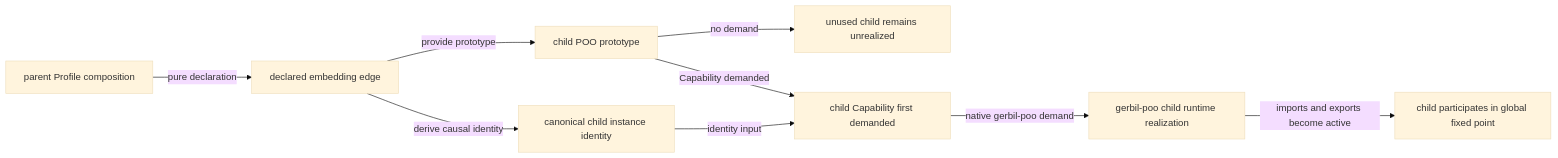
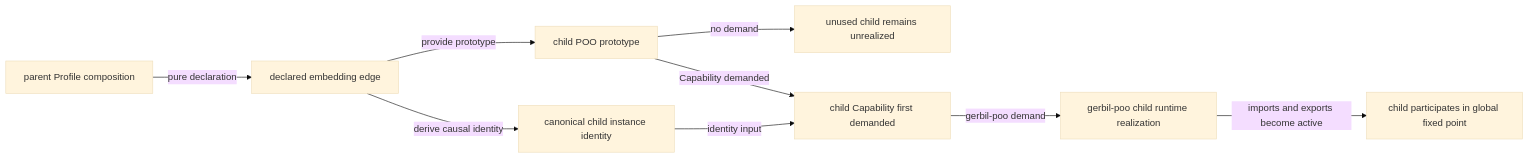
Before and after one commit to tao3k/gebril-yuanxu: the sixth of 8 diagrams in module-system/design/45-18-higher-order-profile-fixed-point-and-submodule-visibility.org, drawn with Mermaid (base theme). The commit also changed other lines of this file and 1469 other files, not shown here.

```diff
--- a/module-system/design/45-18-higher-order-profile-fixed-point-and-submodule-visibility.org
+++ b/module-system/design/45-18-higher-order-profile-fixed-point-and-submodule-visibility.org
@@ -278,20 +278,20 @@
 #+begin_src mermaid
 flowchart LR
     P["parent Profile composition"]
     E["declared embedding edge"]
     CP["child POO prototype"]
     CI["canonical child instance identity"]
     D["child Capability first demanded"]
     R["gerbil-poo child runtime realization"]
     F["child participates in global fixed point"]
     U["unused child remains unrealized"]
 
     P -->|"pure declaration"| E
     E -->|"provide prototype"| CP
     E -->|"derive causal identity"| CI
     CP -->|"no demand"| U
     CP -->|"Capability demanded"| D
     CI -->|"identity input"| D
-    D -->|"native gerbil-poo demand"| R
+    D -->|"gerbil-poo demand"| R
     R -->|"imports and exports become active"| F
 #+end_src
```
